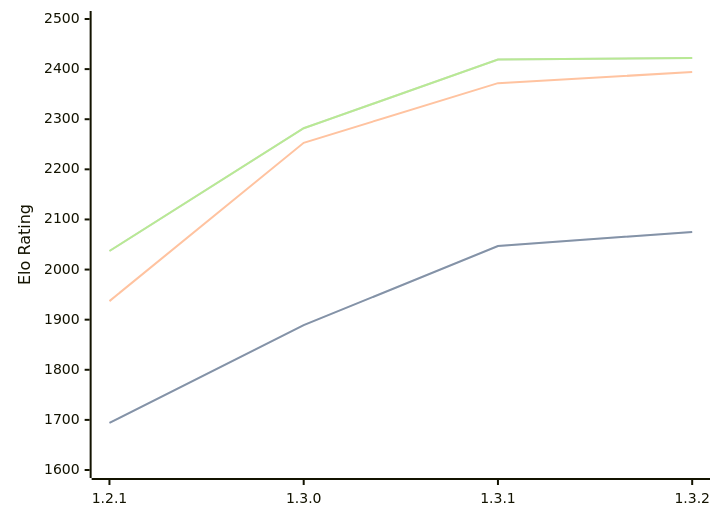
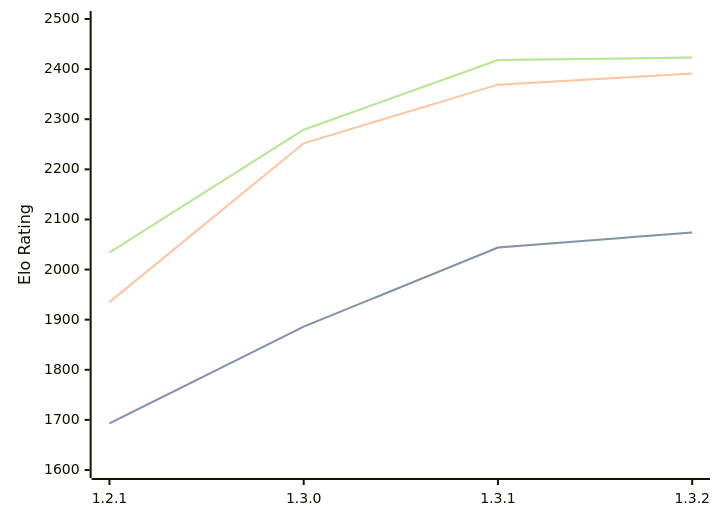
Before and after one commit to computer-chess-index/cci: the diagram in engines/Chal.md, drawn with Mermaid. The commit also changed other lines of this file, not shown here.

Commit message:
Update CCI Ratings (ELO VLTC) - 2026-04-01

````diff
--- a/engines/Chal.md
+++ b/engines/Chal.md
@@ -37,11 +37,11 @@
 ```mermaid
 %%{init: {"theme":"base","themeVariables":{"seriesColors:['#a3a3a3','#222221','#faa371']}}}%%
 xychart-beta
   x-axis ["1.2.1", "1.3.0", "1.3.1", "1.3.2"]
   y-axis "Elo Rating" 1600 --> 2500
-  line "STC (8.0+0.08s)" [1694, 1889, 2047, 2075]
-  line "STC (8.0+0.08s)" [1694, 1889, 2047, 2075]
-  line "LTC (60.0+0.60s)" [1937, 2253, 2372, 2394]
-  line "VLTC (2m24s+1.12s)" [2037, 2282, 2419, 2422]
-  line "VLTC (2m24s+1.12s)" [2037, 2282, 2419, 2422]
+  line "STC (8.0+0.08s)" [1693, 1886, 2044, 2074]
+  line "STC (8.0+0.08s)" [1693, 1886, 2044, 2074]
+  line "LTC (60.0+0.60s)" [1935, 2252, 2369, 2391]
+  line "VLTC (2m24s+1.12s)" [2034, 2279, 2418, 2423]
+  line "VLTC (2m24s+1.12s)" [2034, 2279, 2418, 2423]
 ```
````
